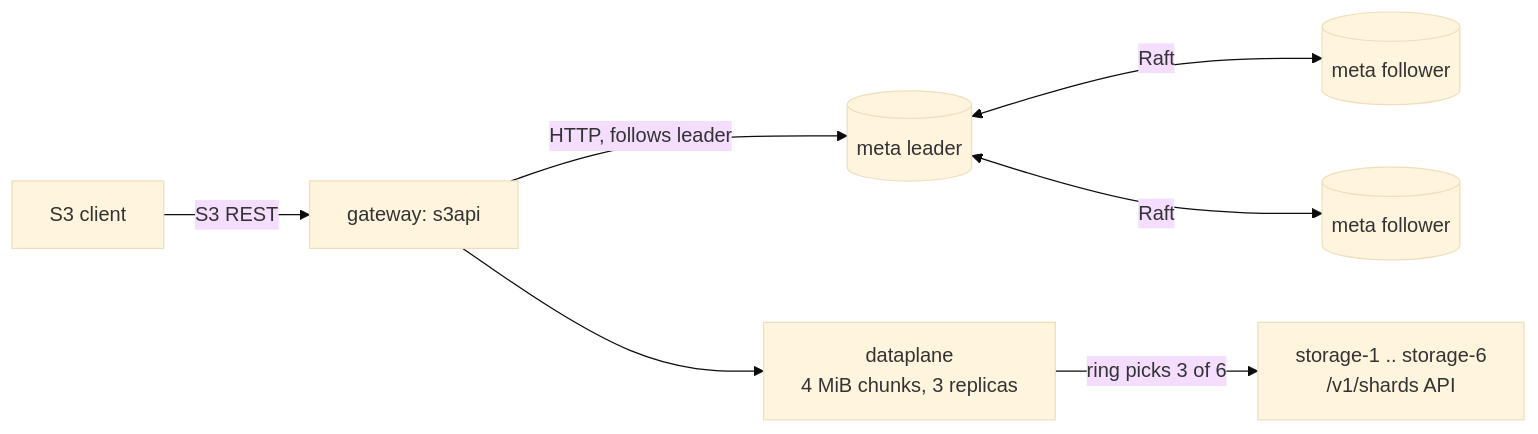
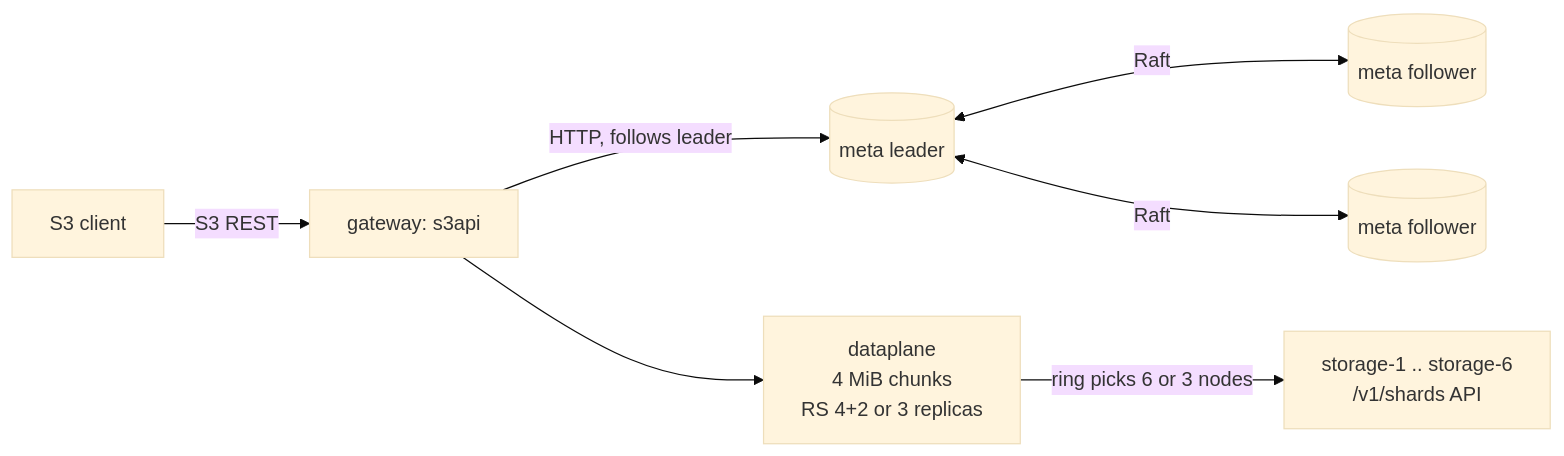
The second of 2 diagrams in README.md (Sounabha07/S3-Object-Store), drawn with Mermaid (base theme) before and after one commit. The commit also changed other lines of this file and 10 other files, not shown here.

````diff
--- a/README.md
+++ b/README.md
@@ -39,9 +40,9 @@
 ```mermaid
 flowchart LR
     C[S3 client] -->|S3 REST| API[gateway: s3api]
     API -->|HTTP, follows leader| L[(meta leader)]
     L <-->|Raft| F1[(meta follower)]
     L <-->|Raft| F2[(meta follower)]
-    API --> DP[dataplane<br/>4 MiB chunks, 3 replicas]
-    DP -->|ring picks 3 of 6| SN[storage-1 .. storage-6<br/>/v1/shards API]
+    API --> DP[dataplane<br/>4 MiB chunks<br/>RS 4+2 or 3 replicas]
+    DP -->|ring picks 6 or 3 nodes| SN[storage-1 .. storage-6<br/>/v1/shards API]
 ```
````
